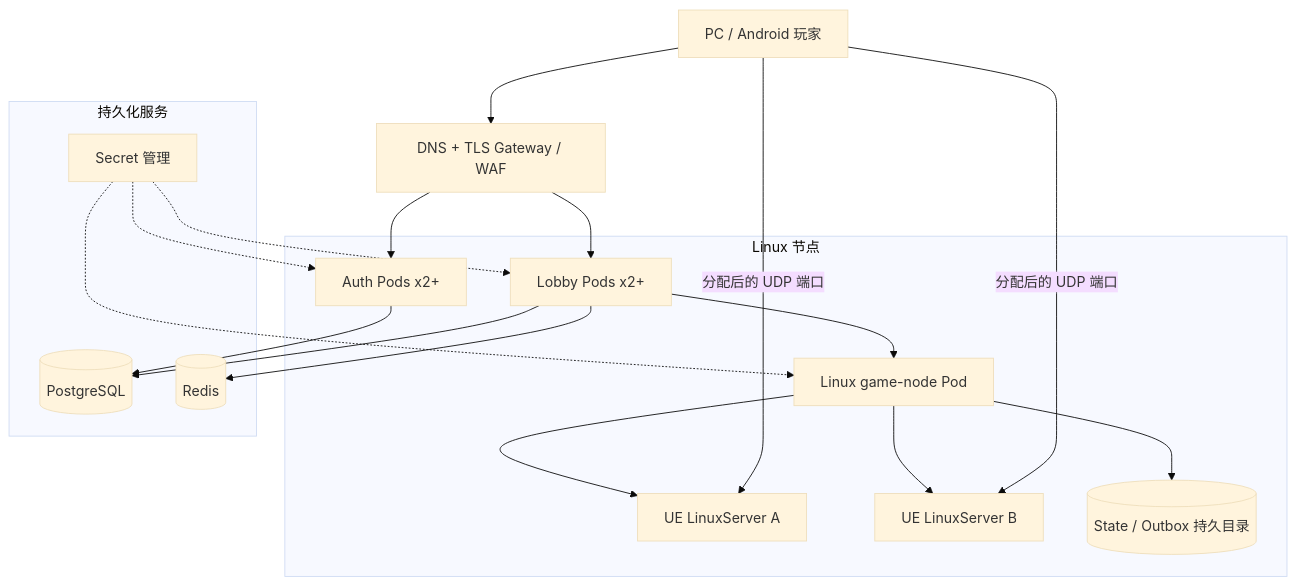
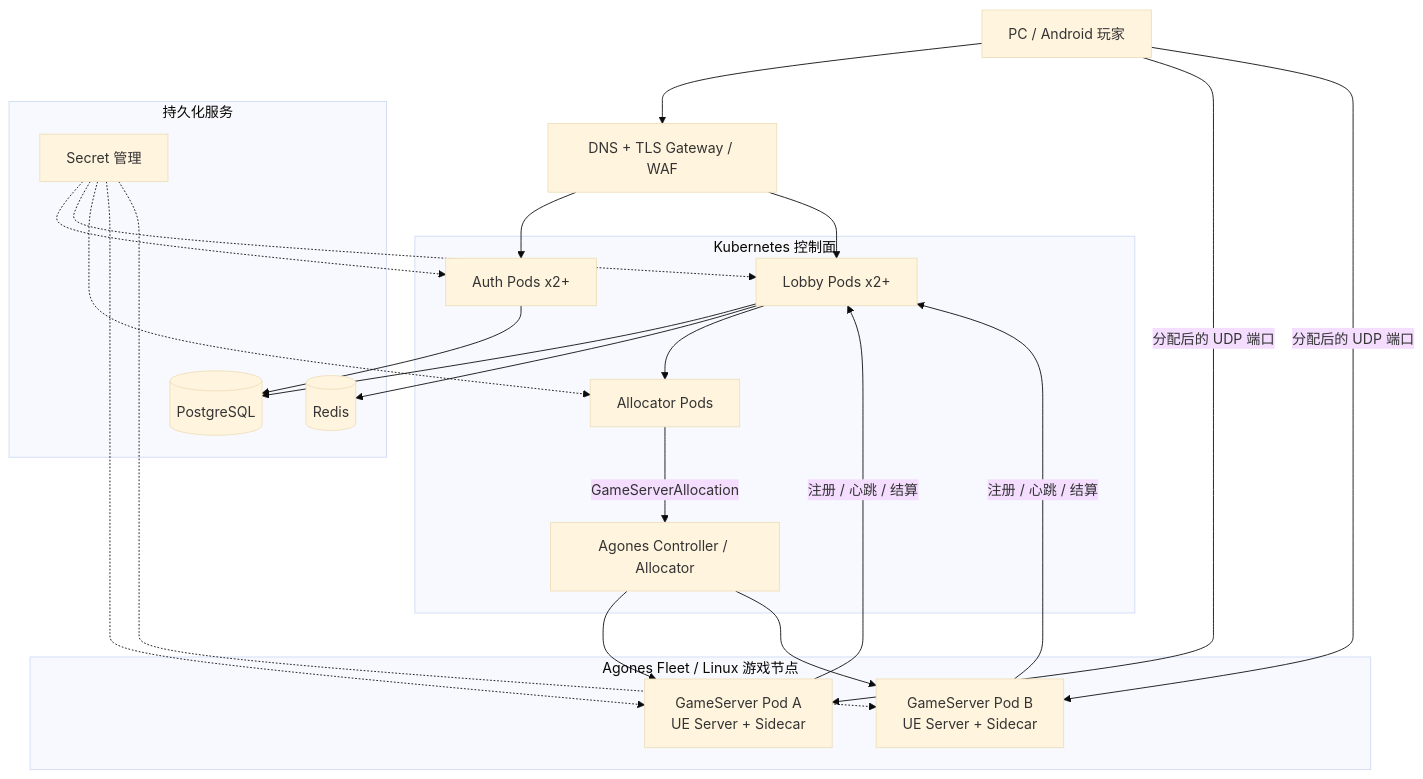
One commit to freebooz/MahjongGame changed the fifth of 5 diagrams in Docs/FULL_APPLICATION_ARCHITECTURE.md. Above: the diagram before and after it, drawn with Mermaid (base theme). The commit also changed other lines of this file and 101 other files, not shown here.

````diff
--- a/Docs/FULL_APPLICATION_ARCHITECTURE.md
+++ b/Docs/FULL_APPLICATION_ARCHITECTURE.md
@@ -733,36 +780,43 @@
 ```mermaid
 flowchart TB
     Internet["PC / Android 玩家"]
     Gateway["DNS + TLS Gateway / WAF"]
 
-    subgraph LinuxNodes["Linux 节点"]
+    subgraph ControlPlane["Kubernetes 控制面"]
         AuthPods["Auth Pods x2+"]
         LobbyPods["Lobby Pods x2+"]
-        AllocatorPod["Linux game-node Pod"]
-        ServerA["UE LinuxServer A"]
-        ServerB["UE LinuxServer B"]
-        StateDisk[("State / Outbox 持久目录")]
+        AllocatorPods["Allocator Pods"]
+        Agones["Agones Controller / Allocator"]
+    end
+
+    subgraph Fleet["Agones Fleet / Linux 游戏节点"]
+        ServerA["GameServer Pod A<br/>UE Server + Sidecar"]
+        ServerB["GameServer Pod B<br/>UE Server + Sidecar"]
     end
 
     subgraph Persistence["持久化服务"]
         PG[("PostgreSQL")]
         R[("Redis")]
         SecretStore["Secret 管理"]
     end
 
     Internet --> Gateway
     Gateway --> AuthPods
     Gateway --> LobbyPods
     AuthPods --> PG
     LobbyPods --> PG
     LobbyPods --> R
-    LobbyPods --> AllocatorPod
-    AllocatorPod --> ServerA
-    AllocatorPod --> ServerB
-    AllocatorPod --> StateDisk
+    LobbyPods --> AllocatorPods
+    AllocatorPods -->|"GameServerAllocation"| Agones
+    Agones --> ServerA
+    Agones --> ServerB
+    ServerA -->|"注册 / 心跳 / 结算"| LobbyPods
+    ServerB -->|"注册 / 心跳 / 结算"| LobbyPods
     Internet -->|"分配后的 UDP 端口"| ServerA
     Internet -->|"分配后的 UDP 端口"| ServerB
     SecretStore -.-> AuthPods
     SecretStore -.-> LobbyPods
-    SecretStore -.-> AllocatorPod
+    SecretStore -.-> AllocatorPods
+    SecretStore -.-> ServerA
+    SecretStore -.-> ServerB
 ```
````
